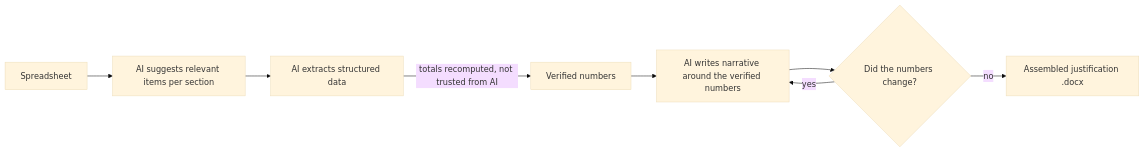
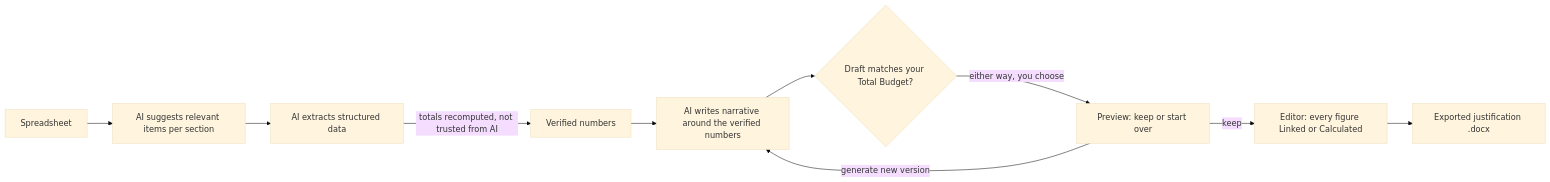
Before and after one commit to nathanwiggins/justintime: the second of 2 diagrams in README.md, drawn with Mermaid (base theme). The commit also changed other lines of this file and 11 other files, not shown here.

First line of the commit message:
Add Project Spaces and rework Generator into a 3-phase Generate/Validate/Edit flow

````diff
--- a/README.md
+++ b/README.md
@@ -55,10 +66,12 @@
 ```mermaid
 flowchart LR
     B[Spreadsheet] --> H[AI suggests relevant items per section]
     H --> E[AI extracts structured data]
     E -->|totals recomputed, not trusted from AI| T[Verified numbers]
     T --> N[AI writes narrative around the verified numbers]
-    N --> D{Did the numbers change?}
-    D -- yes --> N
-    D -- no --> A[Assembled justification .docx]
+    N --> W{Draft matches your Total Budget?}
+    W -->|either way, you choose| P[Preview: keep or start over]
+    P -->|generate new version| N
+    P -->|keep| X[Editor: every figure Linked or Calculated]
+    X --> D[Exported justification .docx]
 ```
````
